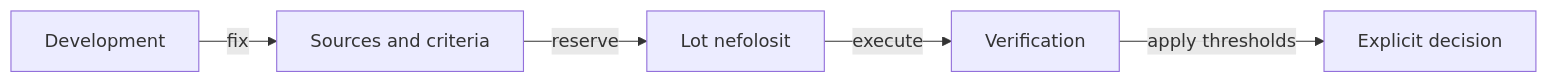
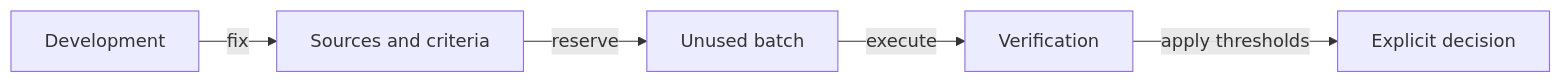
The second of 2 diagrams in docs/learning/ATF_PolicyEvolution.md (crististefanita/atf_j4), drawn with Mermaid before and after one commit. The commit also changed other lines of this file and 126 other files, not shown here.

````diff
--- a/docs/learning/ATF_PolicyEvolution.md
+++ b/docs/learning/ATF_PolicyEvolution.md
@@ -96,7 +96,7 @@
 ```mermaid
 flowchart LR
     DEV[Development] -->|fix| FREEZE[Sources and criteria]
-    FREEZE -->|reserve| LOT[Lot nefolosit]
+    FREEZE -->|reserve| LOT[Unused batch]
     LOT -->|execute| CHECK[Verification]
     CHECK -->|apply thresholds| DECISION[Explicit decision]
 ```
````
